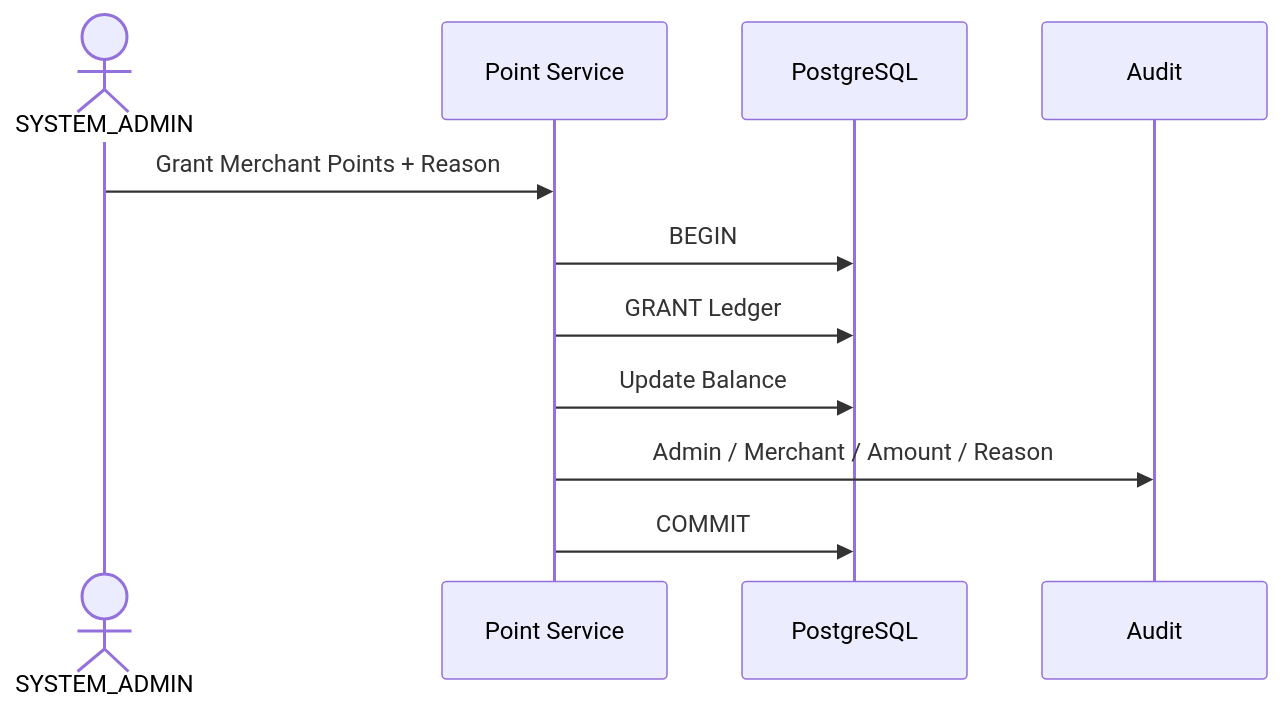
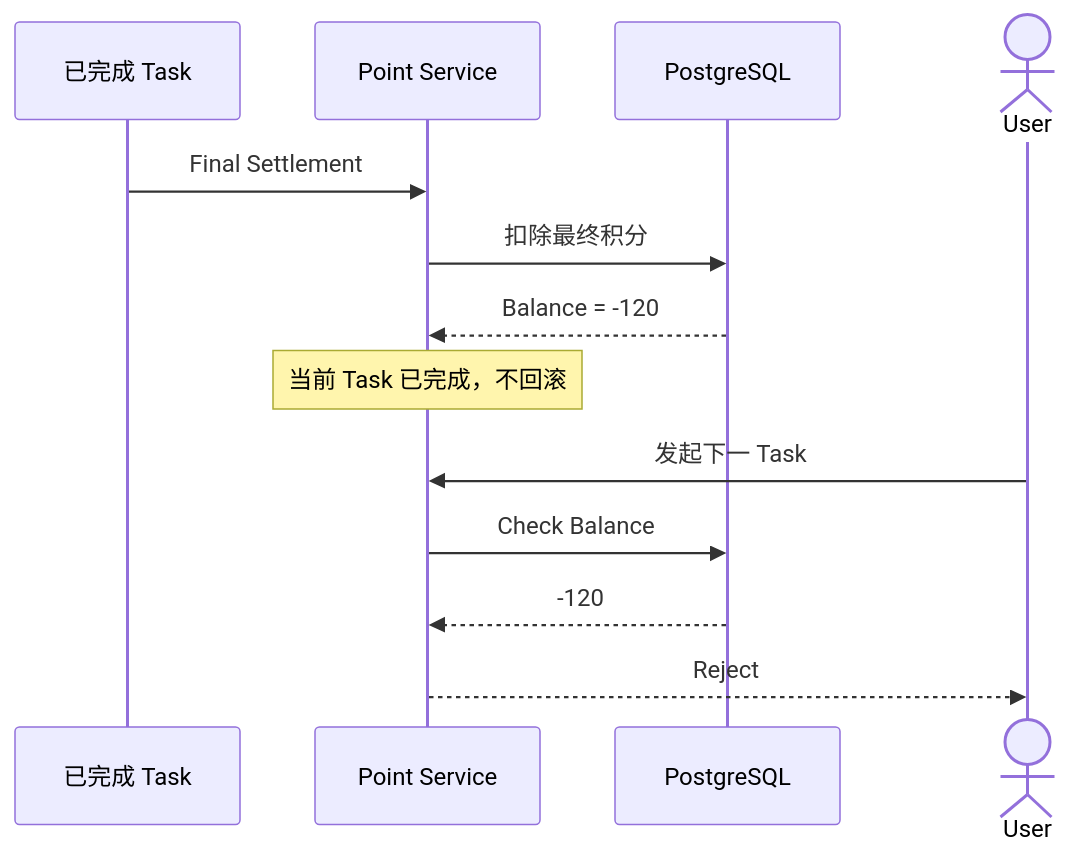
The sixth of 7 diagrams in docs/system-design/01-账户与身份/07-Agent积分账户.md (sxyq/mastergoods), drawn with Mermaid before and after one commit. The commit also changed other lines of this file and 12 other files, not shown here.

Commit message:
docs(system-design): sync detailed design and explain flows

````diff
--- a/docs/system-design/01-账户与身份/07-Agent积分账户.md
+++ b/docs/system-design/01-账户与身份/07-Agent积分账户.md
@@ -199,14 +257,18 @@
 ```mermaid
 sequenceDiagram
-    actor SA as SYSTEM_ADMIN
+    participant T as 已完成 Task
     participant POINT as Point Service
     participant DB as PostgreSQL
-    participant AUDIT as Audit
+    actor U as User
 
-    SA->>POINT: Grant Merchant Points + Reason
-    POINT->>DB: BEGIN
-    POINT->>DB: GRANT Ledger
-    POINT->>DB: Update Balance
-    POINT->>AUDIT: Admin / Merchant / Amount / Reason
-    POINT->>DB: COMMIT
+    T->>POINT: Final Settlement
+    POINT->>DB: 扣除最终积分
+    DB-->>POINT: Balance = -120
+
+    Note over POINT: 当前 Task 已完成，不回滚
+
+    U->>POINT: 发起下一 Task
+    POINT->>DB: Check Balance
+    DB-->>POINT: -120
+    POINT-->>U: Reject
 ```
````
